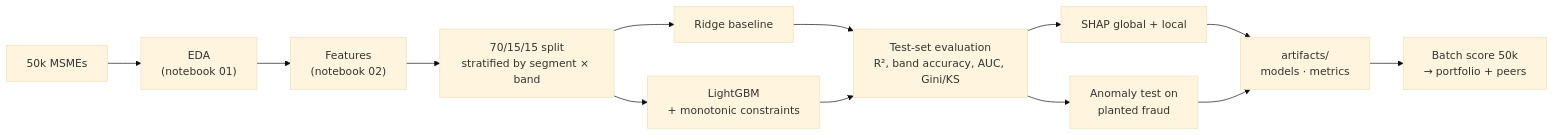
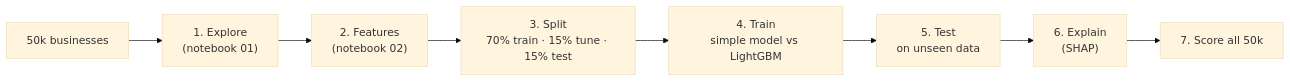
One commit to deepesh463/msme-health-card changed the third of 3 diagrams in docs/ARCHITECTURE.md. Above: the diagram before and after it, drawn with Mermaid (base theme). The commit also changed other lines of this file and 7 other files, not shown here.

First line of the commit message:
Docs: plain-English architecture and integration

````diff
--- a/docs/ARCHITECTURE.md
+++ b/docs/ARCHITECTURE.md
@@ -85,14 +96,9 @@
 ```mermaid
 flowchart LR
-    D["50k MSMEs"] --> EDA["EDA<br/>(notebook 01)"] --> FEAT["Features<br/>(notebook 02)"]
-    FEAT --> SPLIT["70/15/15 split<br/>stratified by segment × band"]
-    SPLIT --> BASE["Ridge baseline"]
-    SPLIT --> GBM["LightGBM<br/>+ monotonic constraints"]
-    BASE --> EVAL["Test-set evaluation<br/>R², band accuracy, AUC, Gini/KS"]
-    GBM --> EVAL
-    EVAL --> SHAP["SHAP global + local"]
-    EVAL --> ANOM["Anomaly test on<br/>planted fraud"]
-    SHAP --> ART["artifacts/<br/>models · metrics"]
-    ANOM --> ART
-    ART --> BATCH["Batch score 50k<br/>→ portfolio + peers"]
+    D["50k businesses"] --> EDA["1. Explore<br/>(notebook 01)"] --> FEAT["2. Features<br/>(notebook 02)"]
+    FEAT --> SPLIT["3. Split<br/>70% train · 15% tune · 15% test"]
+    SPLIT --> M["4. Train<br/>simple model vs LightGBM"]
+    M --> EVAL["5. Test<br/>on unseen data"]
+    EVAL --> SHAP["6. Explain<br/>(SHAP)"]
+    SHAP --> BATCH["7. Score all 50k"]
 ```
````
